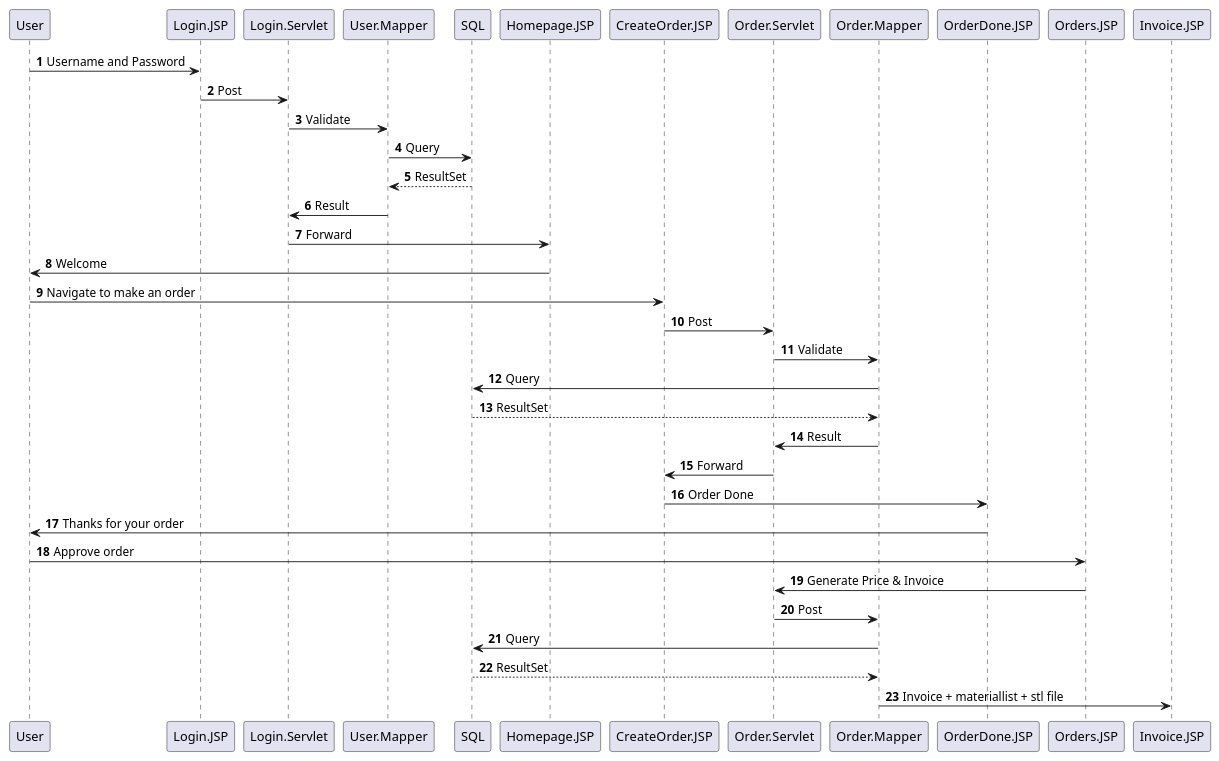
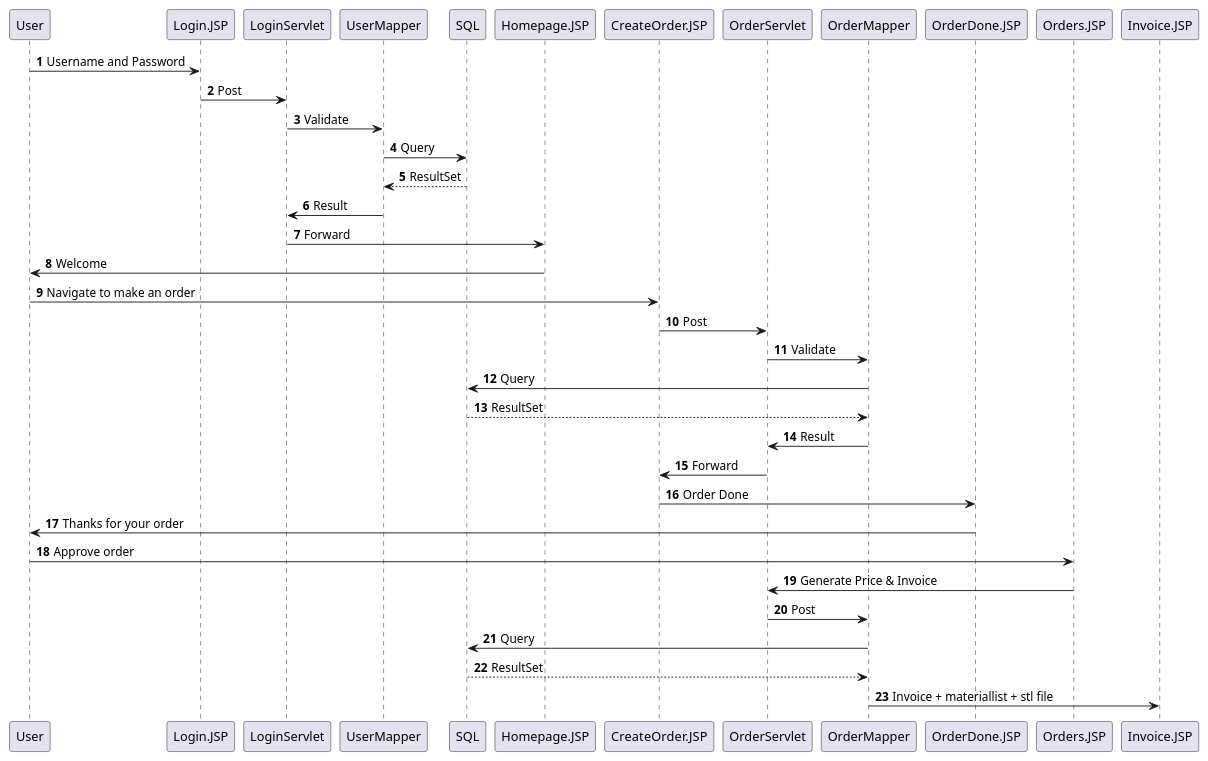
One commit to HeinLarsen/fog-carport changed the diagram in documentation/SequenceDiagram.puml. Above: the diagram before and after it, drawn with PlantUML. The commit also changed 2 other files, not shown here.

Commit message:
SequenceDiagram
Vi valgt at lavet 2 vigtig seperate diagram, Admin og Customer.
Vi har ikke slette den Mockup på det første SequenceDiagram.

```diff
--- a/documentation/SequenceDiagram.puml
+++ b/documentation/SequenceDiagram.puml
@@ -1,33 +1,33 @@
 @startuml
 'https://plantuml.com/sequence-diagram
 
 autonumber
 
 User -> Login.JSP: Username and Password
-Login.JSP -> Login.Servlet: Post
-Login.Servlet -> User.Mapper: Validate
-User.Mapper -> SQL: Query
-SQL --> User.Mapper: ResultSet
-User.Mapper -> Login.Servlet: Result
-Login.Servlet -> Homepage.JSP: Forward
+Login.JSP -> LoginServlet: Post
+LoginServlet -> UserMapper: Validate
+UserMapper -> SQL: Query
+SQL --> UserMapper: ResultSet
+UserMapper -> LoginServlet: Result
+LoginServlet -> Homepage.JSP: Forward
 Homepage.JSP -> User: Welcome
 
 User -> CreateOrder.JSP: Navigate to make an order
-CreateOrder.JSP -> Order.Servlet: Post
-Order.Servlet -> Order.Mapper: Validate
-Order.Mapper -> SQL: Query
-SQL --> Order.Mapper: ResultSet
-Order.Mapper -> Order.Servlet: Result
-Order.Servlet -> CreateOrder.JSP: Forward
+CreateOrder.JSP -> OrderServlet: Post
+OrderServlet -> OrderMapper: Validate
+OrderMapper -> SQL: Query
+SQL --> OrderMapper: ResultSet
+OrderMapper -> OrderServlet: Result
+OrderServlet -> CreateOrder.JSP: Forward
 CreateOrder.JSP -> OrderDone.JSP: Order Done
 OrderDone.JSP -> User: Thanks for your order
 
 User -> Orders.JSP: Approve order
-Orders.JSP -> Order.Servlet: Generate Price & Invoice
-Order.Servlet -> Order.Mapper: Post
-Order.Mapper -> SQL: Query
-SQL --> Order.Mapper: ResultSet
-Order.Mapper -> Invoice.JSP: Invoice + materiallist + stl file
+Orders.JSP -> OrderServlet: Generate Price & Invoice
+OrderServlet -> OrderMapper: Post
+OrderMapper -> SQL: Query
+SQL --> OrderMapper: ResultSet
+OrderMapper -> Invoice.JSP: Invoice + materiallist + stl file
 
 
 @enduml
```
